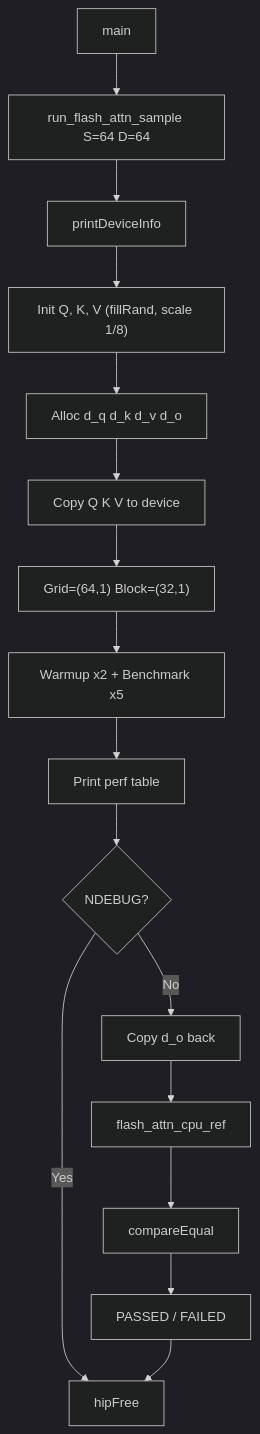
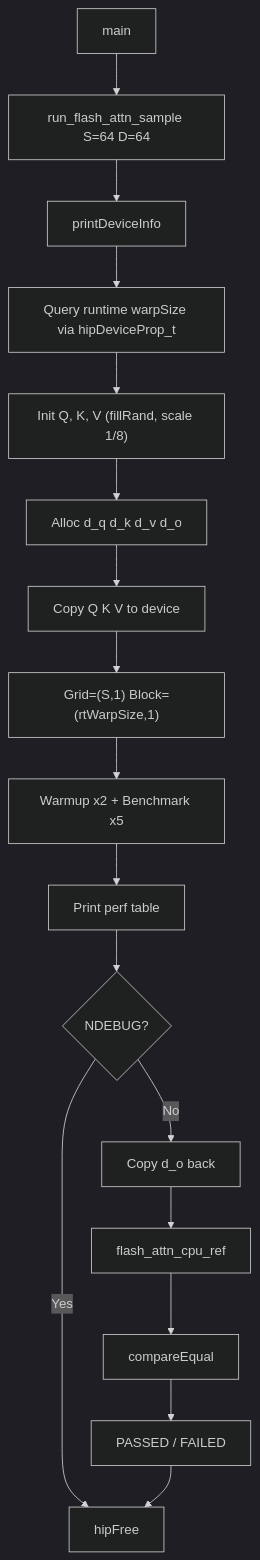
The first of 2 diagrams in projects/rocwmma/samples/simple_flash_attn.md (johnodin99/rocm-libraries), drawn with Mermaid (dark theme) before and after one commit. The commit also changed other lines of this file and 3 other files, not shown here.

````diff
--- a/projects/rocwmma/samples/simple_flash_attn.md
+++ b/projects/rocwmma/samples/simple_flash_attn.md
@@ -125,18 +1391,19 @@
 ```mermaid
 flowchart TD
     A[main] --> B[run_flash_attn_sample S=64 D=64]
     B --> C[printDeviceInfo]
-    C --> D["Init Q, K, V (fillRand, scale 1/8)"]
+    C --> C2["Query runtime warpSize via hipDeviceProp_t"]
+    C2 --> D["Init Q, K, V (fillRand, scale 1/8)"]
     D --> E[Alloc d_q d_k d_v d_o]
     E --> F[Copy Q K V to device]
-    F --> G["Grid=(64,1) Block=(32,1)"]
+    F --> G["Grid=(S,1) Block=(rtWarpSize,1)"]
     G --> H[Warmup x2 + Benchmark x5]
     H --> I[Print perf table]
     I --> J{NDEBUG?}
     J -->|No| K[Copy d_o back]
     K --> L[flash_attn_cpu_ref]
     L --> M[compareEqual]
     M --> N[PASSED / FAILED]
     J -->|Yes| O[hipFree]
     N --> O
 ```
````
